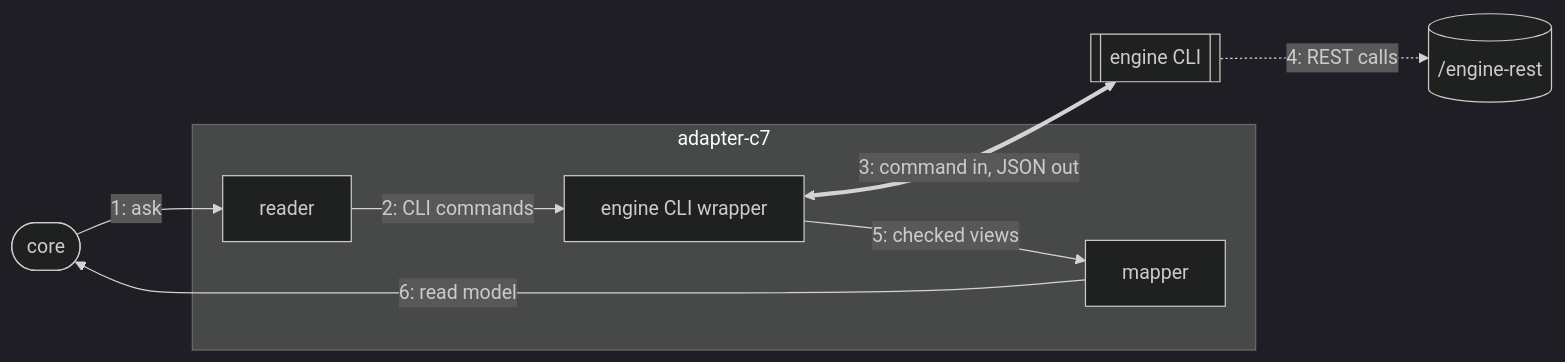
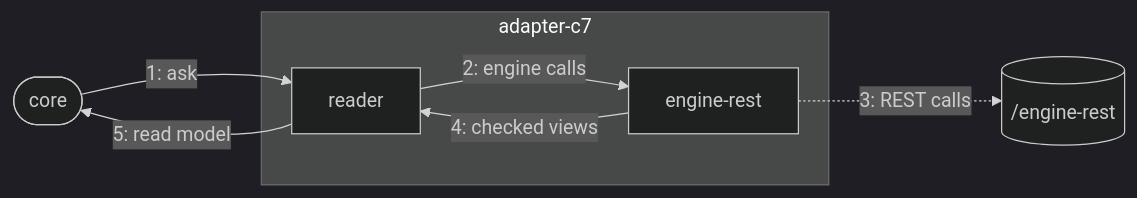
Before and after one commit to Miragon/pulse: the diagram in apps/vscode/src/adapters/c7/README.md, drawn with Mermaid (dark theme). The commit also changed other lines of this file and 268 other files, not shown here.

````diff
--- a/apps/vscode/src/adapters/c7/README.md
+++ b/apps/vscode/src/adapters/c7/README.md
@@ -14,15 +13,13 @@
 ```mermaid
 flowchart LR
   core(["core"])
   subgraph adapter ["adapter-c7"]
     reader["reader"]
-    mapper["mapper"]
-    wrapper["engine CLI wrapper"]
+    rest["engine-rest"]
   end
   core -- "1: ask" --> reader
-  reader -- "2: CLI commands" --> wrapper
-  wrapper <== "3: command in, JSON out" ==> cli[["engine CLI"]]
-  cli -. "4: REST calls" .-> rest[("/engine-rest")]
-  wrapper -- "5: checked views" --> mapper
-  mapper -- "6: read model" --> core
+  reader -- "2: engine calls" --> rest
+  rest -. "3: REST calls" .-> engine[("/engine-rest")]
+  rest -- "4: checked views" --> reader
+  reader -- "5: read model" --> core
 ```
````
